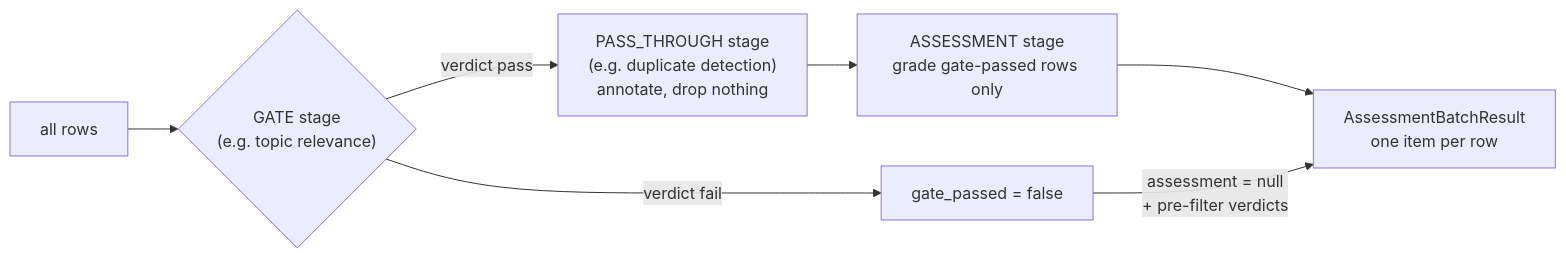
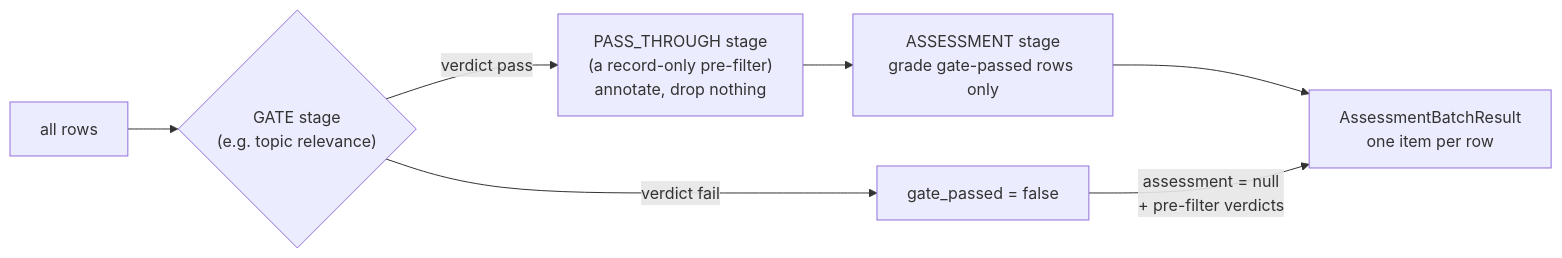
The third of 4 diagrams in docs/architecture/kaapi-ai-assessment-ARCHITECTURE.md (ProjectTech4DevAI/kaapi-backend), drawn with Mermaid before and after one commit. The commit also changed other lines of this file and 3 other files, not shown here.

Commit message:
chore(docs): Update API contract and architecture documentation to clarify RESPONSE input structure

````diff
--- a/docs/architecture/kaapi-ai-assessment-ARCHITECTURE.md
+++ b/docs/architecture/kaapi-ai-assessment-ARCHITECTURE.md
@@ -167,9 +171,9 @@
 ```mermaid
 flowchart LR
     Rows["all rows"] --> Gate{"GATE stage\n(e.g. topic relevance)"}
-    Gate -->|verdict pass| PT["PASS_THROUGH stage\n(e.g. duplicate detection)\nannotate, drop nothing"]
+    Gate -->|verdict pass| PT["PASS_THROUGH stage\n(a record-only pre-filter)\nannotate, drop nothing"]
     Gate -->|verdict fail| Gated["gate_passed = false"]
     PT --> Assess["ASSESSMENT stage\ngrade gate-passed rows only"]
     Assess --> Res["AssessmentBatchResult\none item per row"]
     Gated -->|assessment = null\n+ pre-filter verdicts| Res
 ```
````
